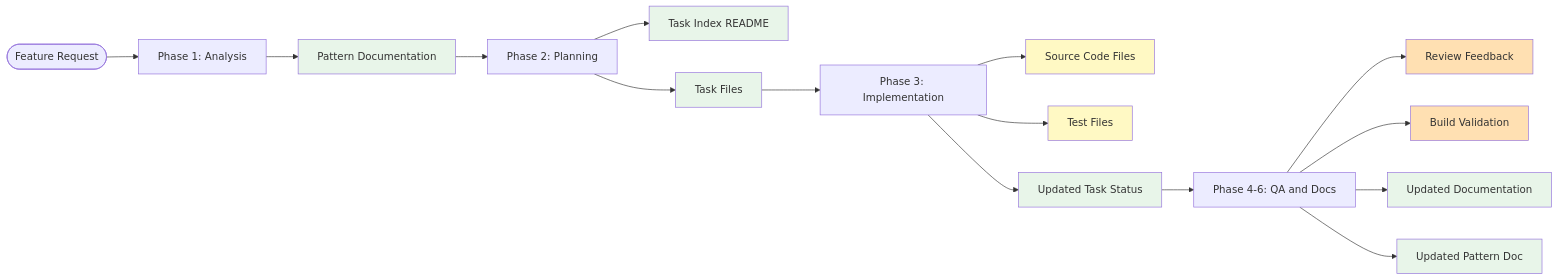
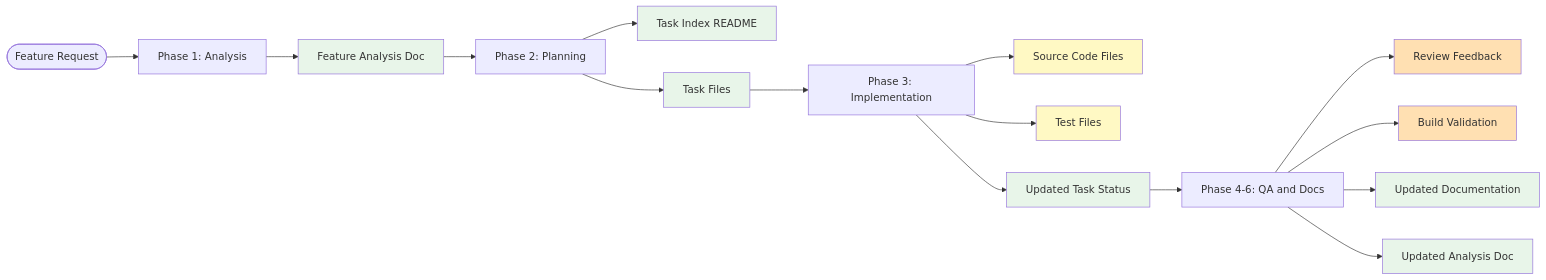
One commit to jesusidev/dotfiles changed the third of 3 diagrams in opencode/.config/opencode/workflow-diagram.md. Above: the diagram before and after it, drawn with Mermaid. The commit also changed other lines of this file and 4 other files, not shown here.

First line of the commit message:
refactor(opencode): change pattern doc path to docs/feature-analysts/{feature}.md

````diff
--- a/opencode/.config/opencode/workflow-diagram.md
+++ b/opencode/.config/opencode/workflow-diagram.md
@@ -104,31 +104,31 @@
 ```mermaid
 flowchart LR
     Start([Feature Request]) --> P1[Phase 1: Analysis]
-    P1 --> A1[Pattern Documentation]
+    P1 --> A1[Feature Analysis Doc]
     
     A1 --> P2[Phase 2: Planning]
     P2 --> A2[Task Index README]
     P2 --> A3[Task Files]
     
     A3 --> P3[Phase 3: Implementation]
     P3 --> A4[Source Code Files]
     P3 --> A5[Test Files]
     P3 --> A6[Updated Task Status]
     
     A6 --> P4[Phase 4-6: QA and Docs]
     P4 --> A7[Review Feedback]
     P4 --> A8[Build Validation]
     P4 --> A9[Updated Documentation]
-    P4 --> A10[Updated Pattern Doc]
+    P4 --> A10[Updated Analysis Doc]
     
     style A1 fill:#e8f5e9
     style A2 fill:#e8f5e9
     style A3 fill:#e8f5e9
     style A4 fill:#fff9c4
     style A5 fill:#fff9c4
     style A6 fill:#e8f5e9
     style A7 fill:#ffe0b2
     style A8 fill:#ffe0b2
     style A9 fill:#e8f5e9
     style A10 fill:#e8f5e9
 ```
````
